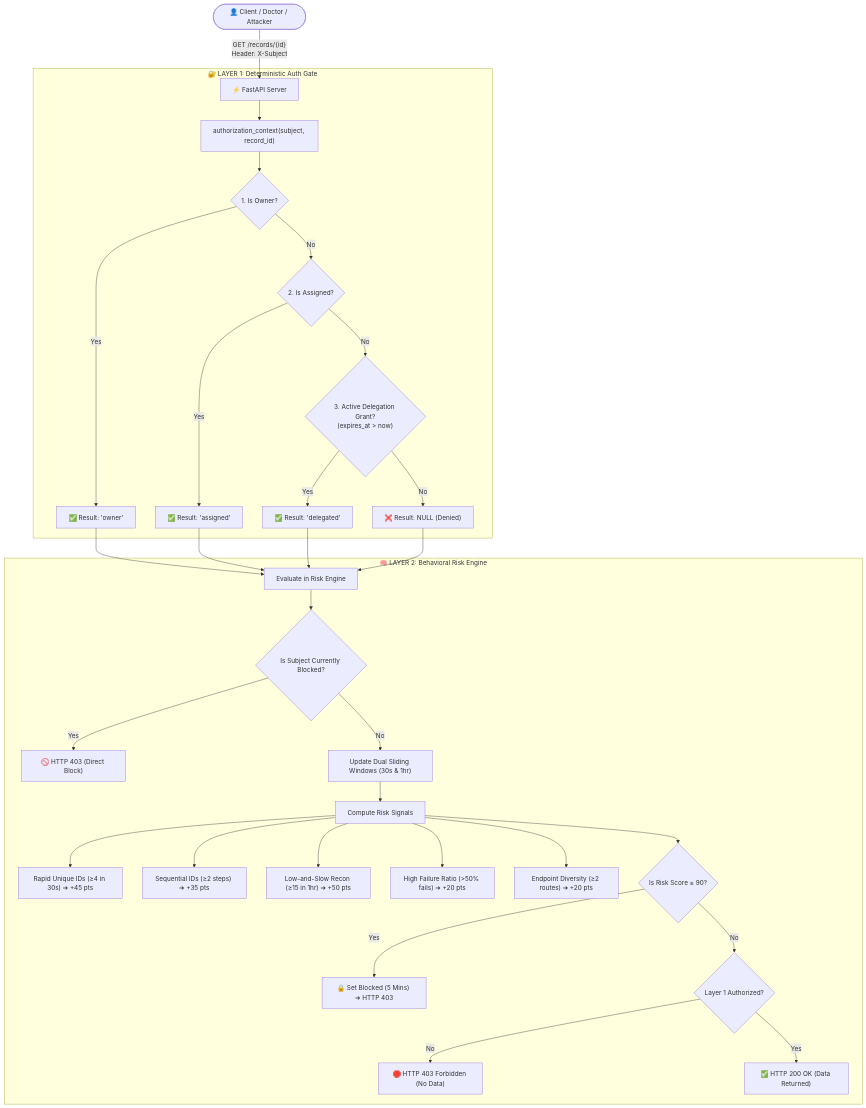
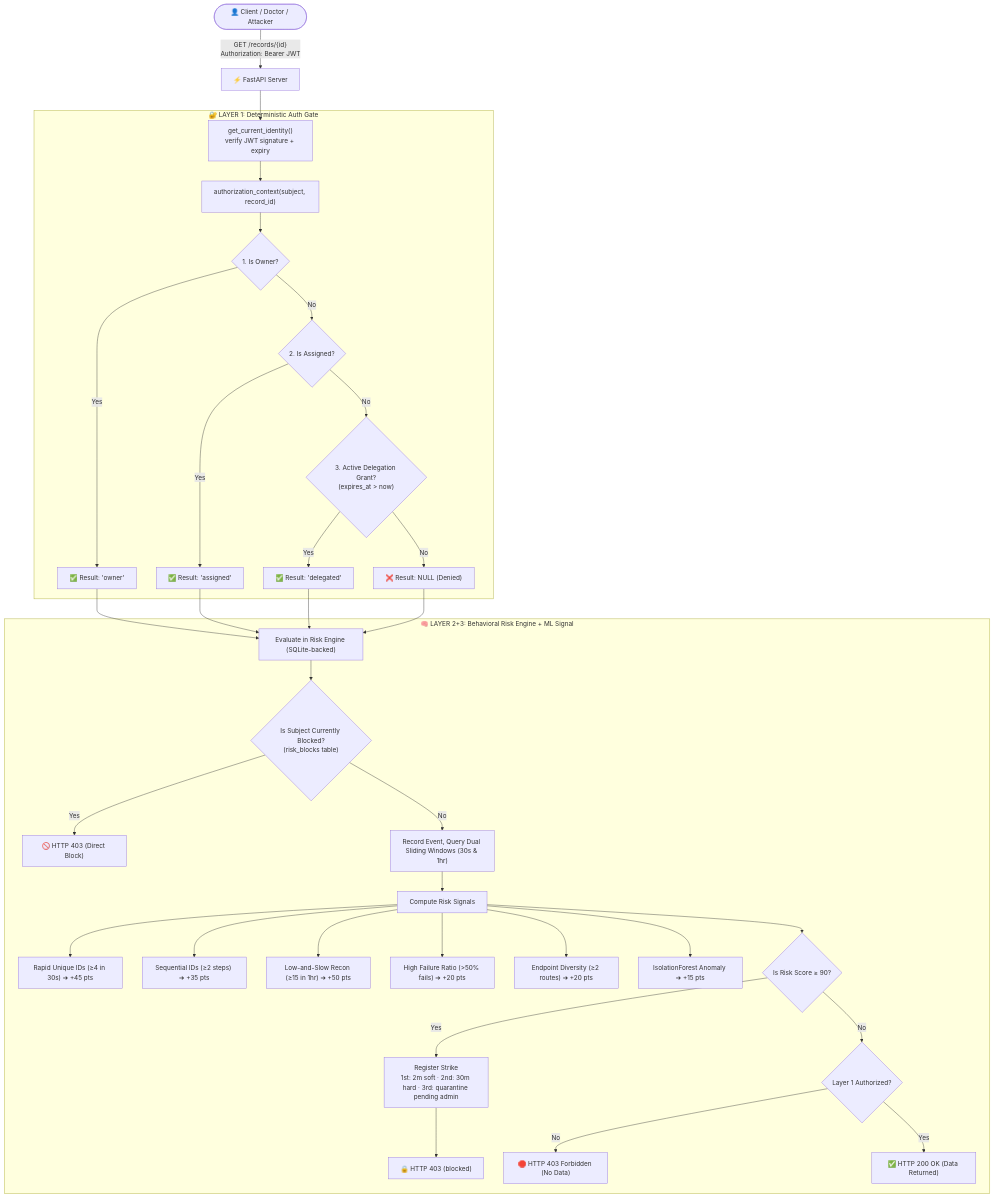
The diagram in README.md (BUILD-WITH-BARATH/Build_with_Barath_2.0), drawn with Mermaid before and after one commit. The commit also changed other lines of this file, not shown here.

First line of the commit message:
docs: bring root README up to date with JWT auth, 3-strike ban, ML signal, Docker/Render

````diff
--- a/README.md
+++ b/README.md
@@ -33,36 +56,39 @@
 ```mermaid
 flowchart TD
-    Client(["👤 Client / Doctor / Attacker"]) -->|"GET /records/{id}<br/>Header: X-Subject"| API["⚡ FastAPI Server"]
+    Client(["👤 Client / Doctor / Attacker"]) -->|"GET /records/{id}<br/>Authorization: Bearer JWT"| API["⚡ FastAPI Server"]
+    API --> AuthGate["get_current_identity()<br/>verify JWT signature + expiry"]
 
     subgraph L1 ["🔐 LAYER 1: Deterministic Auth Gate"]
-        API --> AuthContext["authorization_context(subject, record_id)"]
+        AuthGate --> AuthContext["authorization_context(subject, record_id)"]
         AuthContext --> DB_Owner{"1. Is Owner?"}
         DB_Owner -- Yes --> L1_Pass1["✅ Result: 'owner'"]
         DB_Owner -- No --> DB_Assign{"2. Is Assigned?"}
         DB_Assign -- Yes --> L1_Pass2["✅ Result: 'assigned'"]
         DB_Assign -- No --> DB_Grant{"3. Active Delegation Grant?<br/>(expires_at > now)"}
         DB_Grant -- Yes --> L1_Pass3["✅ Result: 'delegated'"]
         DB_Grant -- No --> L1_Deny["❌ Result: NULL (Denied)"]
     end
 
-    L1_Pass1 & L1_Pass2 & L1_Pass3 --> L2_Input["Evaluate in Risk Engine"]
+    L1_Pass1 & L1_Pass2 & L1_Pass3 --> L2_Input["Evaluate in Risk Engine (SQLite-backed)"]
     L1_Deny --> L2_Input
 
-    subgraph L2 ["🧠 LAYER 2: Behavioral Risk Engine"]
-        L2_Input --> HistoryCheck{"Is Subject Currently Blocked?"}
+    subgraph L2 ["🧠 LAYER 2+3: Behavioral Risk Engine + ML Signal"]
+        L2_Input --> HistoryCheck{"Is Subject Currently Blocked?<br/>(risk_blocks table)"}
         HistoryCheck -- Yes --> ForceBlock["🚫 HTTP 403 (Direct Block)"]
-        HistoryCheck -- No --> WindowUpdate["Update Dual Sliding Windows (30s & 1hr)"]
+        HistoryCheck -- No --> WindowUpdate["Record Event, Query Dual Sliding Windows (30s & 1hr)"]
         WindowUpdate --> RiskEval["Compute Risk Signals"]
         RiskEval --> S1["Rapid Unique IDs (≥4 in 30s) ➔ +45 pts"]
         RiskEval --> S2["Sequential IDs (≥2 steps) ➔ +35 pts"]
         RiskEval --> S3["Low-and-Slow Recon (≥15 in 1hr) ➔ +50 pts"]
         RiskEval --> S4["High Failure Ratio (>50% fails) ➔ +20 pts"]
         RiskEval --> S5["Endpoint Diversity (≥2 routes) ➔ +20 pts"]
-        
+        RiskEval --> S6["IsolationForest Anomaly ➔ +15 pts"]
+
         RiskEval --> ScoreCheck{"Is Risk Score ≥ 90?"}
-        ScoreCheck -- Yes --> SetBlock["🔒 Set Blocked (5 Mins) ➔ HTTP 403"]
+        ScoreCheck -- Yes --> Strike["Register Strike<br/>1st: 2m soft · 2nd: 30m hard · 3rd: quarantine pending admin"]
+        Strike --> SetBlock["🔒 HTTP 403 (blocked)"]
         ScoreCheck -- No --> FinalCheck{"Layer 1 Authorized?"}
         FinalCheck -- No --> DenyOut["🛑 HTTP 403 Forbidden (No Data)"]
         FinalCheck -- Yes --> AllowOut["✅ HTTP 200 OK (Data Returned)"]
     end
 ```
````
